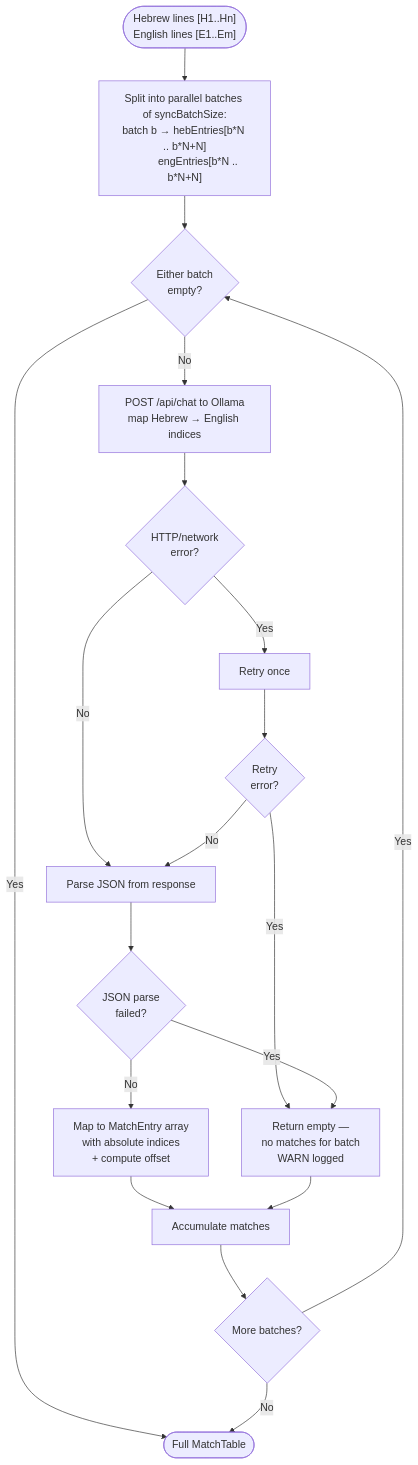
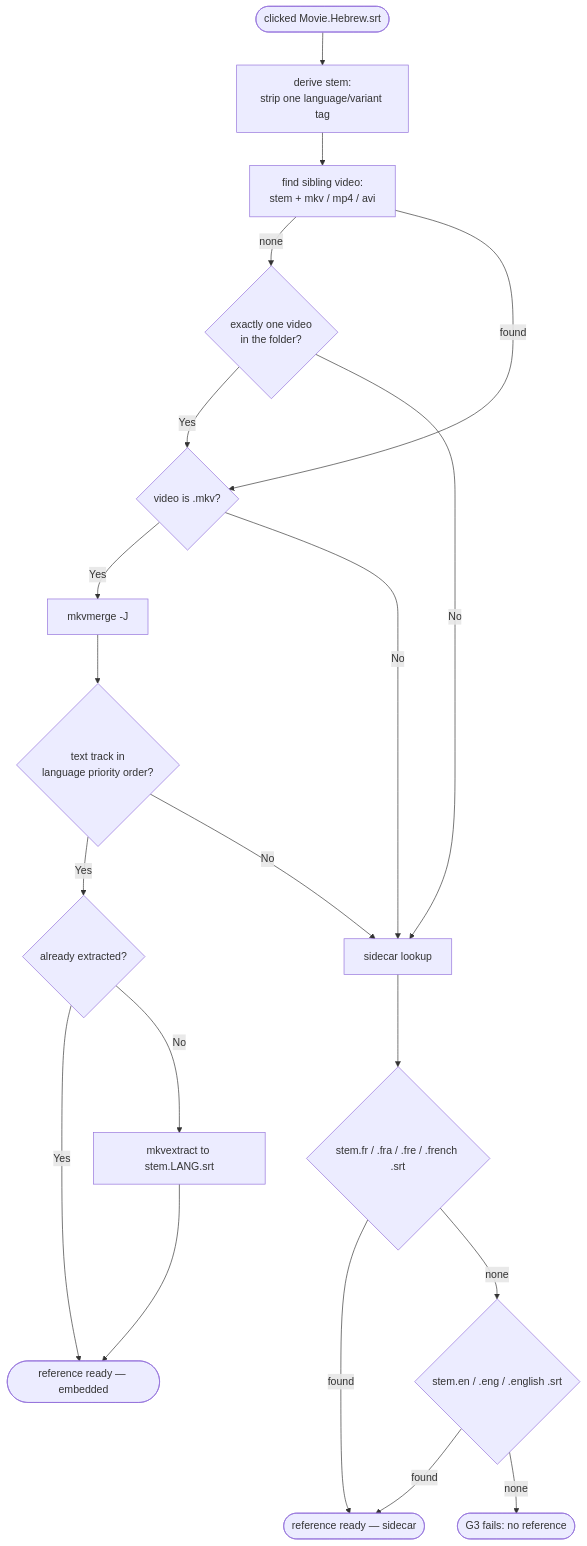
The sixth of 8 diagrams in docs/flow-charts.md (yoavain/screwzira-subtitle-downloader), drawn with Mermaid before and after one commit. The commit also changed other lines of this file and 38 other files, not shown here.

````diff
--- a/docs/flow-charts.md
+++ b/docs/flow-charts.md
@@ -129,21 +135,22 @@
 ```mermaid
 flowchart TD
-    A(["Hebrew lines [H1..Hn]\nEnglish lines [E1..Em]"]) --> B["Split into parallel batches of syncBatchSize:\nbatch b → hebEntries[b*N .. b*N+N]\n          engEntries[b*N .. b*N+N]"]
-    B --> C{Either batch\nempty?}
-    C -- Yes --> J([Full MatchTable])
-    C -- No --> D[POST /api/chat to Ollama\nmap Hebrew → English indices]
-    D --> E{HTTP/network\nerror?}
-    E -- No --> G[Parse JSON from response]
-    E -- Yes --> F[Retry once]
-    F --> F2{Retry\nerror?}
-    F2 -- Yes --> K[Return empty —\nno matches for batch\nWARN logged]
-    F2 -- No --> G
-    G --> H{JSON parse\nfailed?}
-    H -- Yes --> K
-    H -- No --> I[Map to MatchEntry array\nwith absolute indices\n+ compute offset]
-    I --> L[Accumulate matches]
-    K --> L
-    L --> M{More batches?}
-    M -- Yes --> C
-    M -- No --> J
+    A(["clicked Movie.Hebrew.srt"]) --> B[derive stem:<br/>strip one language/variant tag]
+    B --> C[find sibling video:<br/>stem + mkv / mp4 / avi]
+    C -- none --> C2{exactly one video<br/>in the folder?}
+    C2 -- Yes --> D
+    C2 -- No --> H
+    C -- found --> D{video is .mkv?}
+    D -- Yes --> E[mkvmerge -J]
+    E --> F{text track in<br/>language priority order?}
+    F -- Yes --> G{already extracted?}
+    G -- Yes --> Z([reference ready — embedded])
+    G -- No --> G1[mkvextract to stem.LANG.srt]
+    G1 --> Z
+    F -- No --> H[sidecar lookup]
+    D -- No --> H
+    H --> I{"stem.fr / .fra / .fre / .french .srt"}
+    I -- found --> Z2([reference ready — sidecar])
+    I -- none --> J{"stem.en / .eng / .english .srt"}
+    J -- found --> Z2
+    J -- none --> K([G3 fails: no reference])
 ```
````
